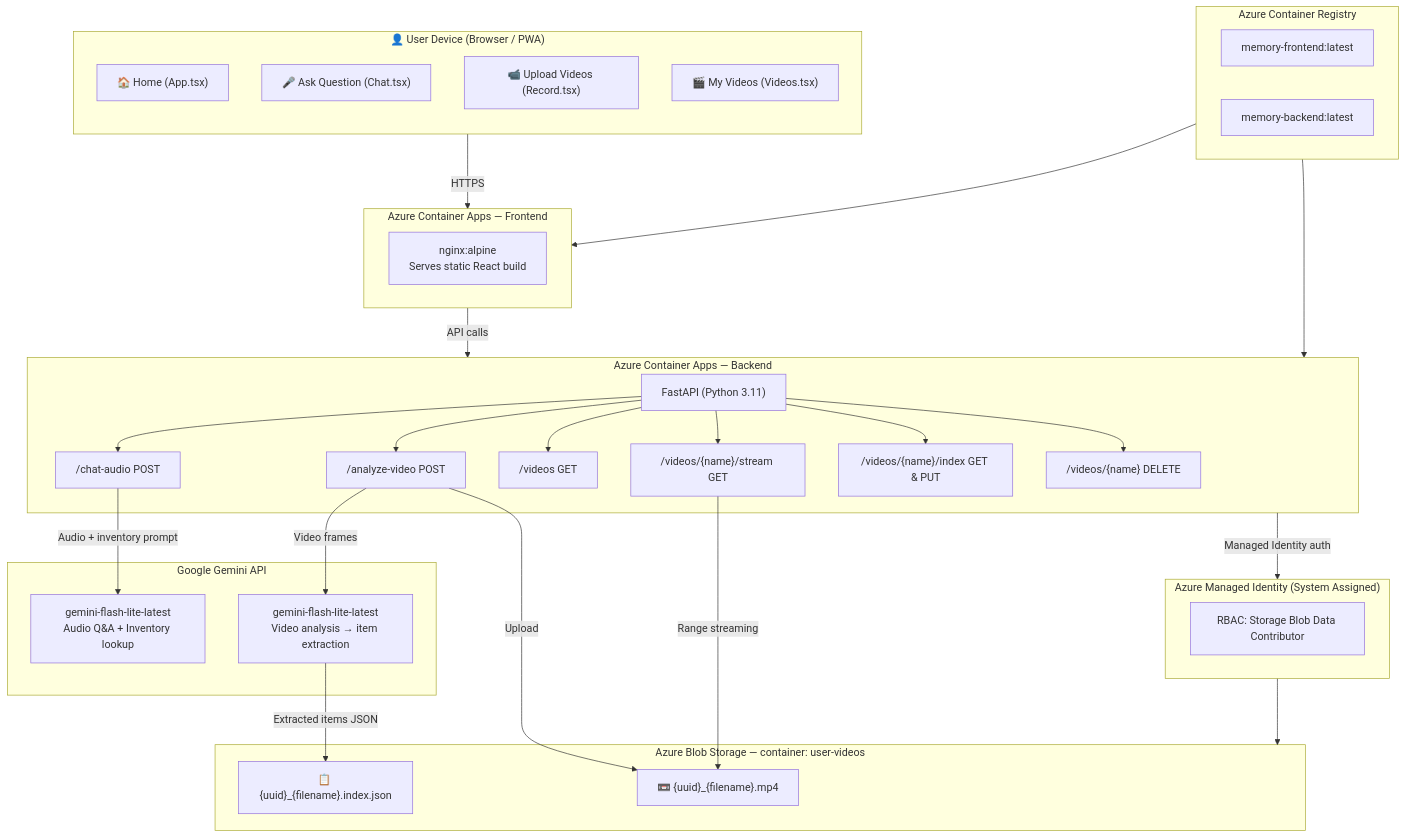
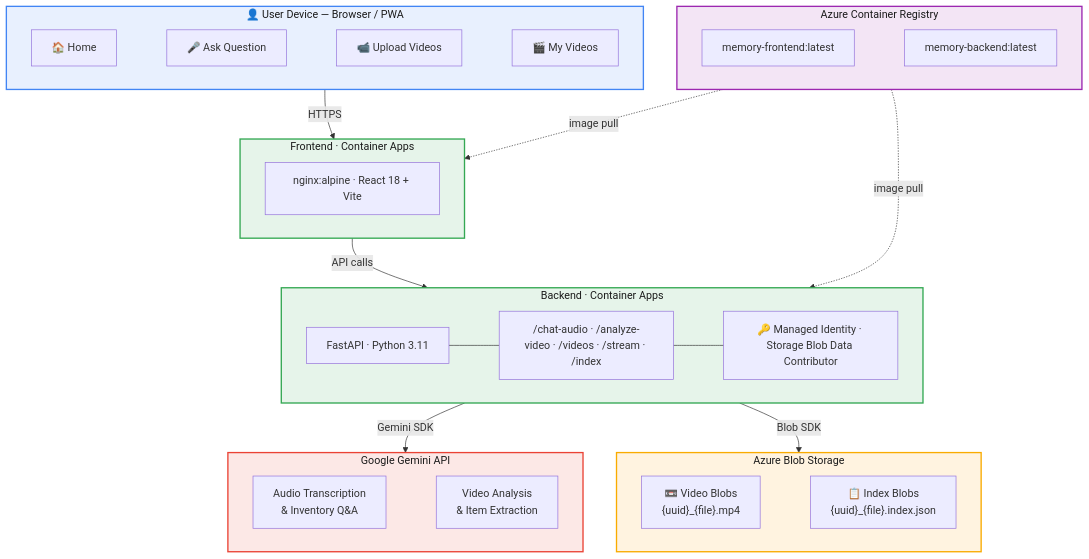
Before and after one commit to Lakshmy/MyHomeAssistant: the diagram in flowchart_mermaid.md, drawn with Mermaid. The commit also changed other lines of this file and 1 other file, not shown here.

Commit message:
Clean up the architecture diagram

````diff
--- a/flowchart_mermaid.md
+++ b/flowchart_mermaid.md
@@ -1,55 +1,40 @@
 ```mermaid
-flowchart TB
-    subgraph User["👤 User Device (Browser / PWA)"]
-        direction TB
-        UI_Home["🏠 Home (App.tsx)"]
-        UI_Chat["🎤 Ask Question (Chat.tsx)"]
-        UI_Record["📹 Upload Videos (Record.tsx)"]
-        UI_Videos["🎬 My Videos (Videos.tsx)"]
+flowchart TD
+    subgraph User["👤 User Device — Browser / PWA"]
+        Home["🏠 Home"] ~~~ Chat["🎤 Ask Question"] ~~~ Upload["📹 Upload Videos"] ~~~ MyVids["🎬 My Videos"]
     end
 
-    subgraph ACA_Frontend["Azure Container Apps — Frontend"]
-        NGINX["nginx:alpine\nServes static React build"]
+    subgraph Frontend["Frontend · Container Apps"]
+        NGINX["nginx:alpine · React 18 + Vite"]
     end
 
-    subgraph ACA_Backend["Azure Container Apps — Backend"]
-        FastAPI["FastAPI (Python 3.11)"]
-        EP1["/chat-audio POST"]
-        EP2["/analyze-video POST"]
-        EP3["/videos GET"]
-        EP4["/videos/{name}/stream GET"]
-        EP5["/videos/{name}/index GET & PUT"]
-        EP6["/videos/{name} DELETE"]
-        FastAPI --> EP1 & EP2 & EP3 & EP4 & EP5 & EP6
+    subgraph Registry["Azure Container Registry"]
+        IMG_FE["memory-frontend:latest"] ~~~ IMG_BE["memory-backend:latest"]
     end
 
-    subgraph ACR["Azure Container Registry"]
-        IMG_FE["memory-frontend:latest"]
-        IMG_BE["memory-backend:latest"]
-    end
-
-    subgraph Storage["Azure Blob Storage — container: user-videos"]
-        BLOB_VID["📼 {uuid}_{filename}.mp4"]
-        BLOB_IDX["📋 {uuid}_{filename}.index.json"]
-    end
-
-    subgraph ManagedID["Azure Managed Identity (System Assigned)"]
-        RBAC["RBAC: Storage Blob Data Contributor"]
+    subgraph Backend["Backend · Container Apps"]
+        FastAPI["FastAPI · Python 3.11"] --- Endpoints["/chat-audio · /analyze-video · /videos · /stream · /index"] --- Identity["🔑 Managed Identity · Storage Blob Data Contributor"]
     end
 
     subgraph Gemini["Google Gemini API"]
-        G1["gemini-flash-lite-latest\nAudio Q&A + Inventory lookup"]
-        G2["gemini-flash-lite-latest\nVideo analysis → item extraction"]
+        G_Audio["Audio Transcription<br/>& Inventory Q&A"] ~~~ G_Video["Video Analysis<br/>& Item Extraction"]
     end
 
-    User -->|HTTPS| ACA_Frontend
-    ACA_Frontend -->|API calls| ACA_Backend
-    ACR --> ACA_Frontend & ACA_Backend
-    ACA_Backend -->|Managed Identity auth| ManagedID
-    ManagedID --> Storage
-    EP1 -->|Audio + inventory prompt| G1
-    EP2 -->|Video frames| G2
-    G2 -->|Extracted items JSON| BLOB_IDX
-    EP4 -->|Range streaming| BLOB_VID
-    EP2 -->|Upload| BLOB_VID
+    subgraph Storage["Azure Blob Storage"]
+        Videos["📼 Video Blobs<br/>{uuid}_{file}.mp4"] ~~~ Indexes["📋 Index Blobs<br/>{uuid}_{file}.index.json"]
+    end
+
+    User -->|HTTPS| Frontend
+    Frontend -->|API calls| Backend
+    Backend -->|Gemini SDK| Gemini
+    Backend -->|Blob SDK| Storage
+    Registry -.->|image pull| Frontend
+    Registry -.->|image pull| Backend
+
+    style User fill:#e8f0fe,stroke:#4285f4,stroke-width:2px,color:#1a1a1a
+    style Frontend fill:#e6f4ea,stroke:#34a853,stroke-width:2px,color:#1a1a1a
+    style Backend fill:#e6f4ea,stroke:#34a853,stroke-width:2px,color:#1a1a1a
+    style Gemini fill:#fce8e6,stroke:#ea4335,stroke-width:2px,color:#1a1a1a
+    style Storage fill:#fff3e0,stroke:#f9ab00,stroke-width:2px,color:#1a1a1a
+    style Registry fill:#f3e5f5,stroke:#9c27b0,stroke-width:2px,color:#1a1a1a
 ```
````
